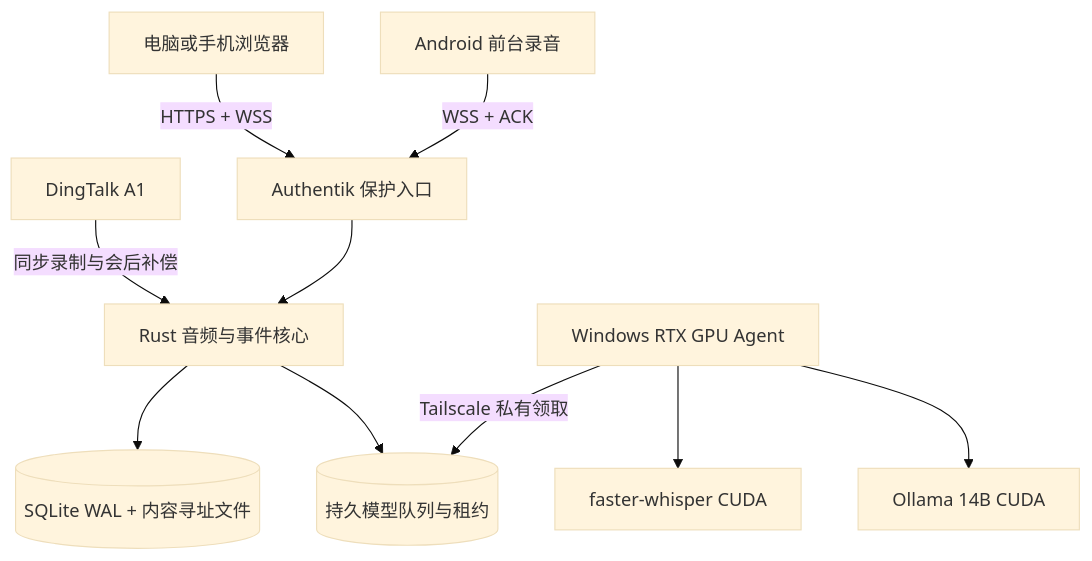
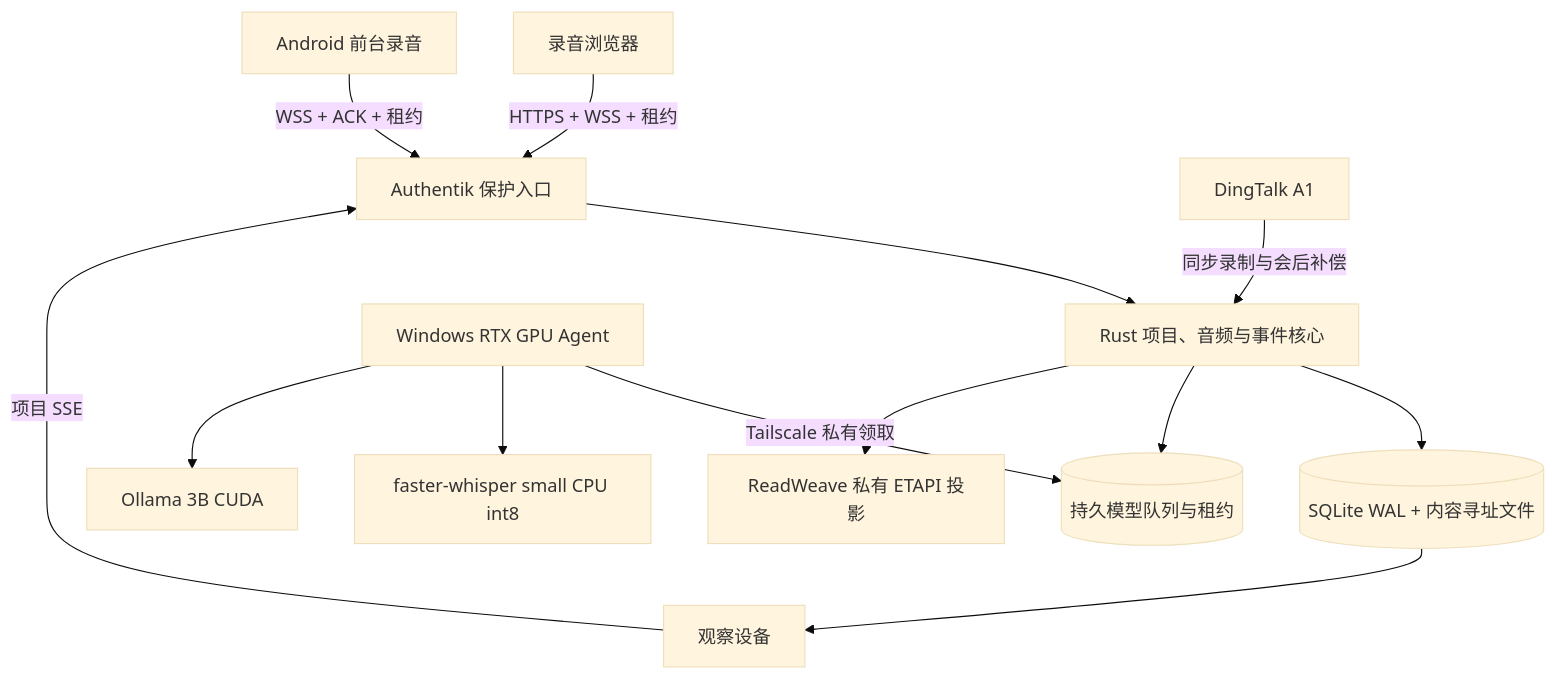
One commit to AIALRA-0/AIALRA-LIVE-TRANSLATE changed the diagram in README.md. Above: the diagram before and after it, drawn with Mermaid (base theme). The commit also changed other lines of this file and 72 other files, not shown here.

Commit message:
feat: add durable projects recovery and ReadWeave sync

````diff
--- a/README.md
+++ b/README.md
@@ -34,12 +38,15 @@
 ```mermaid
 flowchart TD
-  Browser[电脑或手机浏览器] -->|HTTPS + WSS| Auth[Authentik 保护入口]
-  Android[Android 前台录音] -->|WSS + ACK| Auth
+  BrowserA[录音浏览器] -->|HTTPS + WSS + 租约| Auth[Authentik 保护入口]
+  BrowserB[观察设备] -->|项目 SSE| Auth
+  Android[Android 前台录音] -->|WSS + ACK + 租约| Auth
   A1[DingTalk A1] -->|同步录制与会后补偿| Core
-  Auth --> Core[Rust 音频与事件核心]
+  Auth --> Core[Rust 项目、音频与事件核心]
   Core --> Store[(SQLite WAL + 内容寻址文件)]
   Core --> Queue[(持久模型队列与租约)]
   Agent[Windows RTX GPU Agent] -->|Tailscale 私有领取| Queue
-  Agent --> ASR[faster-whisper CUDA]
-  Agent --> LLM[Ollama 14B CUDA]
+  Agent --> ASR[faster-whisper small CPU int8]
+  Agent --> LLM[Ollama 3B CUDA]
+  Core --> Notes[ReadWeave 私有 ETAPI 投影]
+  Store --> BrowserB
 ```
````
